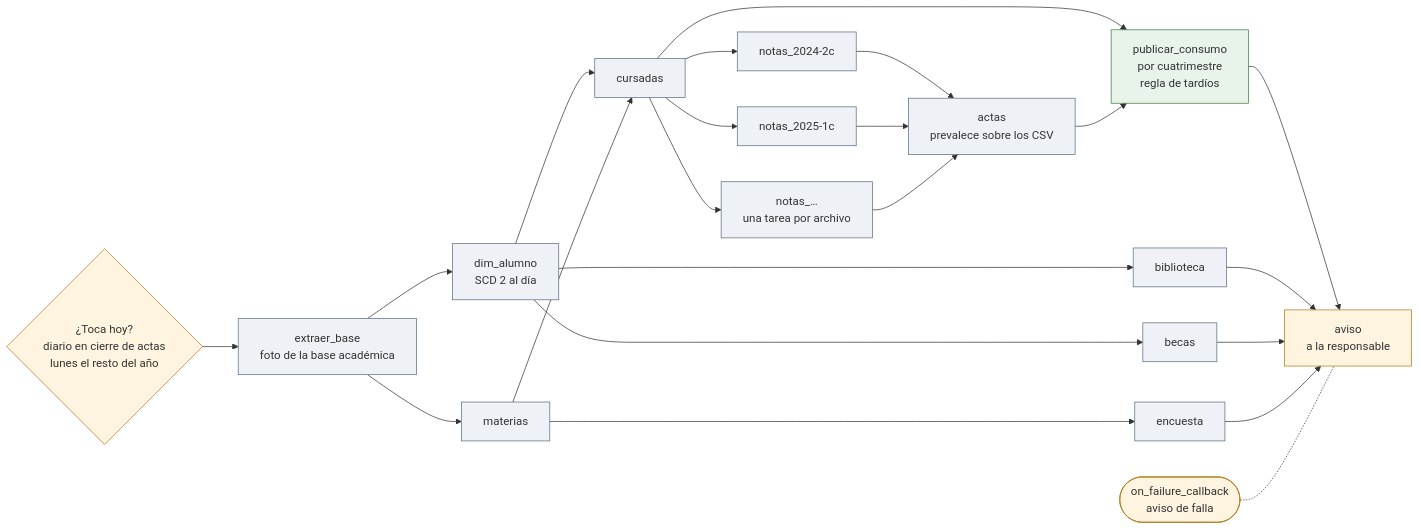
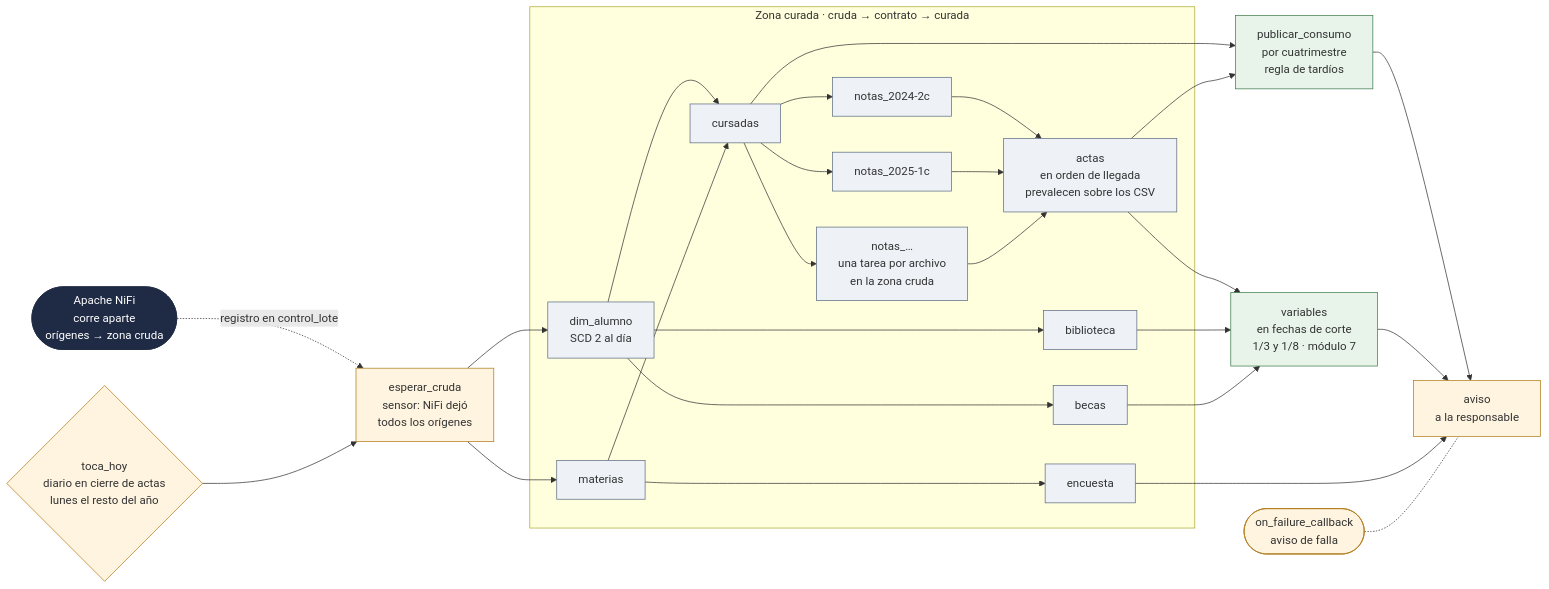
Before and after one commit to raschmatias/dh_arca: the diagram in Data Engineer/06_uniandina/img/dag.mmd, drawn with Mermaid. The commit also changed 6 other files, not shown here.

First line of the commit message:
UniAndina: NiFi a la zona cruda y Airflow orquesta curada, variables y consumo

```diff
--- a/Data Engineer/06_uniandina/img/dag.mmd
+++ b/Data Engineer/06_uniandina/img/dag.mmd
@@ -1,29 +1,53 @@
 flowchart LR
-  G{"¿Toca hoy?<br/>diario en cierre de actas<br/>lunes el resto del año"} --> EB["extraer_base<br/>foto de la base académica"]
-  EB --> DA["dim_alumno<br/>SCD 2 al día"]
-  EB --> MA["materias"]
-  DA --> CU["cursadas"]
+  NF(["Apache NiFi<br/>corre aparte<br/>orígenes → zona cruda"]) -.->|"registro en control_lote"| S
+
+  G{"toca_hoy<br/>diario en cierre de actas<br/>lunes el resto del año"} --> S["esperar_cruda<br/>sensor: NiFi dejó<br/>todos los orígenes"]
+
+  subgraph CU_Z["Zona curada · cruda → contrato → curada"]
+    DA["dim_alumno<br/>SCD 2 al día"]
+    MA["materias"]
+    CU["cursadas"]
+    BI["biblioteca"]
+    BE["becas"]
+    EN["encuesta"]
+    N1["notas_2024-2c"]
+    N2["notas_2025-1c"]
+    NX["notas_…<br/>una tarea por archivo<br/>en la zona cruda"]
+    AC["actas<br/>en orden de llegada<br/>prevalecen sobre los CSV"]
+  end
+
+  S --> DA
+  S --> MA
+  DA --> CU
   MA --> CU
-  DA --> BI["biblioteca"]
-  DA --> BE["becas"]
-  MA --> EN["encuesta"]
-  CU --> N1["notas_2024-2c"]
-  CU --> N2["notas_2025-1c"]
-  CU --> NX["notas_… <br/>una tarea por archivo"]
-  N1 --> AC["actas<br/>prevalece sobre los CSV"]
+  DA --> BI
+  DA --> BE
+  MA --> EN
+  CU --> N1
+  CU --> N2
+  CU --> NX
+  N1 --> AC
   N2 --> AC
   NX --> AC
-  CU --> PC["publicar_consumo<br/>por cuatrimestre<br/>regla de tardíos"]
+
+  VA["variables<br/>en fechas de corte<br/>1/3 y 1/8 · módulo 7"]
+  PC["publicar_consumo<br/>por cuatrimestre<br/>regla de tardíos"]
+
+  AC --> VA
+  BI --> VA
+  BE --> VA
+  CU --> PC
   AC --> PC
   PC --> AV["aviso<br/>a la responsable"]
-  BI --> AV
-  BE --> AV
+  VA --> AV
   EN --> AV
   X(["on_failure_callback<br/>aviso de falla"]) -.- AV
 
   classDef ing fill:#eef2f7,stroke:#5b6b80
   classDef pub fill:#e8f4ea,stroke:#3c7a4a
   classDef ctl fill:#fff4e0,stroke:#b07a1a
-  class EB,DA,MA,CU,BI,BE,EN,N1,N2,NX,AC ing
-  class PC pub
-  class G,AV,X ctl
+  classDef nifi fill:#1f2a44,stroke:#1f2a44,color:#ffffff
+  class DA,MA,CU,BI,BE,EN,N1,N2,NX,AC ing
+  class VA,PC pub
+  class G,S,AV,X ctl
+  class NF nifi
```
